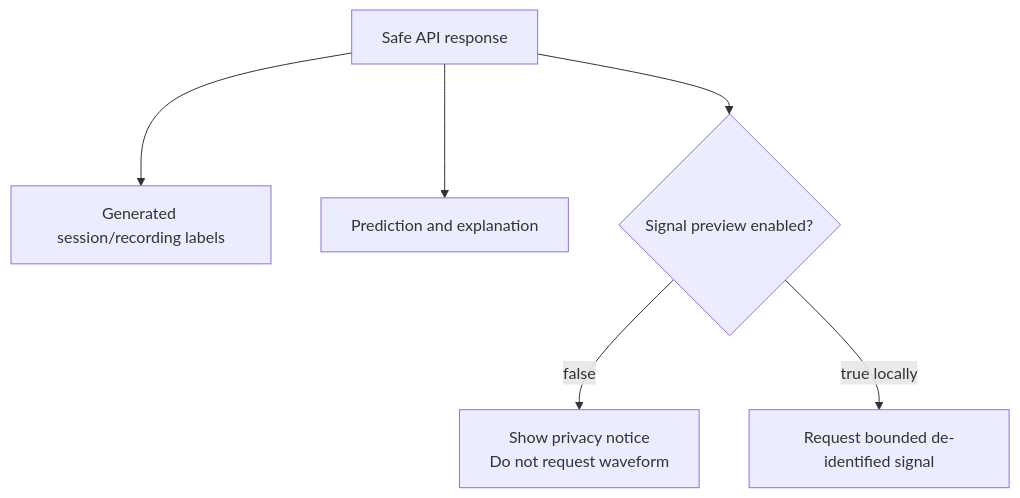
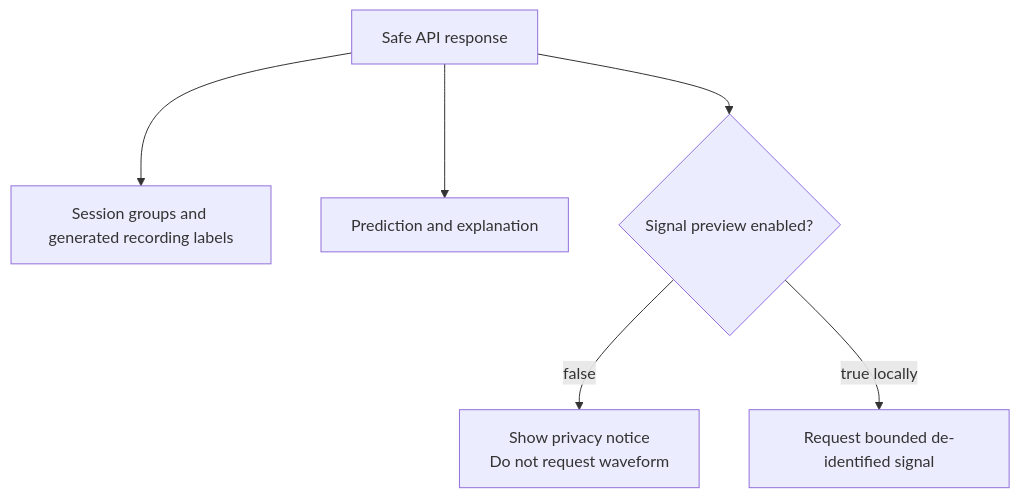
The fourth of 4 diagrams in docs/frontend.md (4ffaad/FYP-MDS01), drawn with Mermaid before and after one commit. The commit also changed other lines of this file and 34 other files, not shown here.

````diff
--- a/docs/frontend.md
+++ b/docs/frontend.md
@@ -78,8 +84,8 @@
 ```mermaid
 flowchart TD
-    APIResponse[Safe API response] --> JobView[Generated session/recording labels]
+    APIResponse[Safe API response] --> SessionView[Session groups and generated recording labels]
     APIResponse --> ResultView[Prediction and explanation]
     APIResponse --> SignalGate{Signal preview enabled?}
     SignalGate -->|false| Notice[Show privacy notice\nDo not request waveform]
     SignalGate -->|true locally| Chart[Request bounded de-identified signal]
 ```
````
